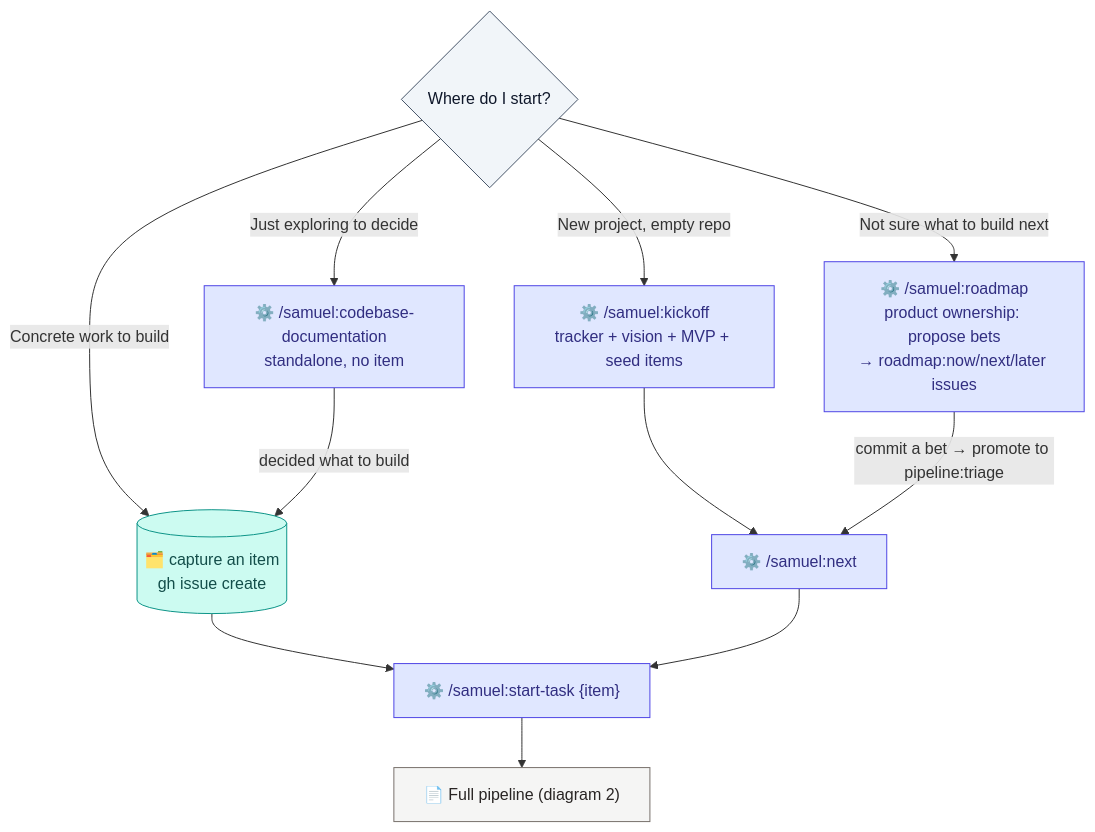
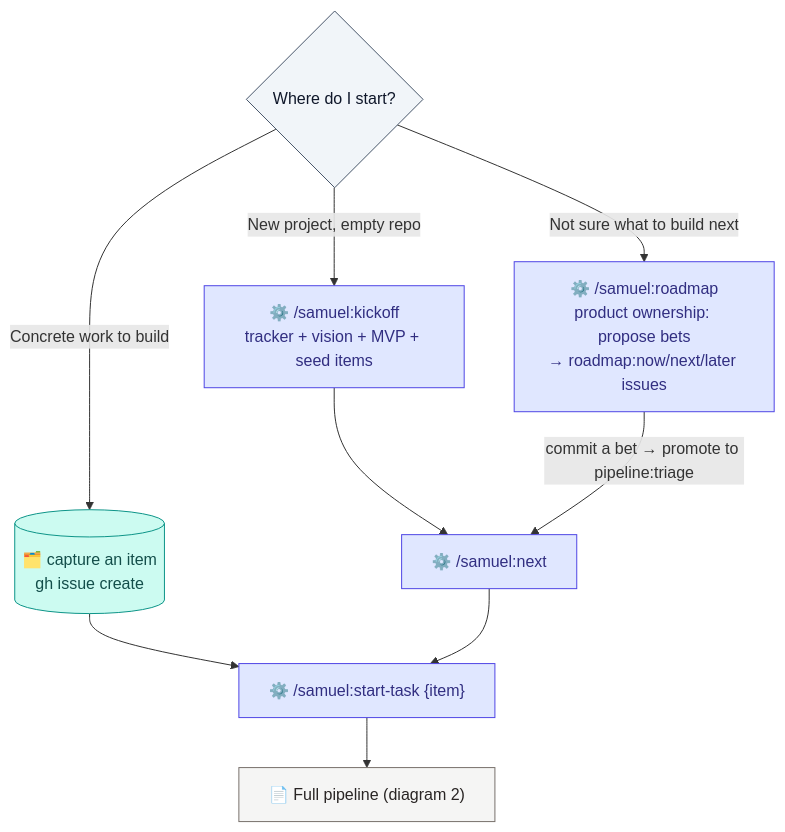
The first of 6 diagrams in plugins/samuel/reference/pipeline.md (samosunaz/agent-skills), drawn with Mermaid before and after one commit. The commit also changed other lines of this file and 43 other files, not shown here.

````diff
--- a/plugins/samuel/reference/pipeline.md
+++ b/plugins/samuel/reference/pipeline.md
@@ -13,20 +13,18 @@
 ```mermaid
 flowchart TD
     Start{"Where do I start?"}:::decision
     Start -->|"New project, empty repo"| Kickoff["⚙️ /samuel:kickoff<br/>tracker + vision + MVP + seed items"]:::svc
     Start -->|"Not sure what to build next"| Roadmap["⚙️ /samuel:roadmap<br/>product ownership: propose bets<br/>→ roadmap:now/next/later issues"]:::svc
     Start -->|"Concrete work to build"| Create[("🗂️ capture an item<br/>gh issue create")]:::db
-    Start -->|"Just exploring to decide"| Standalone["⚙️ /samuel:codebase-documentation<br/>standalone, no item"]:::svc
 
     Kickoff --> Next["⚙️ /samuel:next"]:::svc
     Roadmap -->|"commit a bet → promote to pipeline:triage"| Next
     Create --> StartTask["⚙️ /samuel:start-task {item}"]:::svc
     Next --> StartTask
-    Standalone -->|"decided what to build"| Create
 
     StartTask --> Pipeline["📄 Full pipeline (diagram 2)"]:::doc
     classDef decision fill:#f1f5f9,stroke:#475569,color:#0f172a
     classDef svc fill:#e0e7ff,stroke:#4f46e5,color:#312e81
     classDef db fill:#ccfbf1,stroke:#0d9488,color:#134e4a
     classDef doc fill:#f5f5f4,stroke:#78716c,color:#292524
 ```
````
